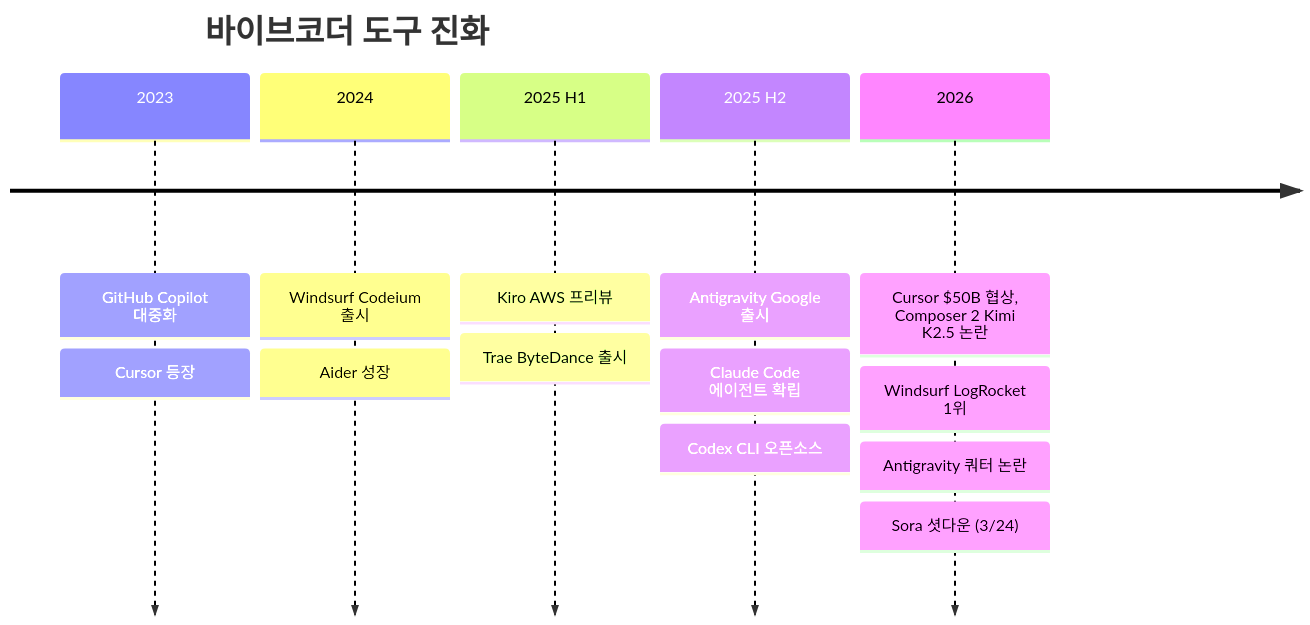
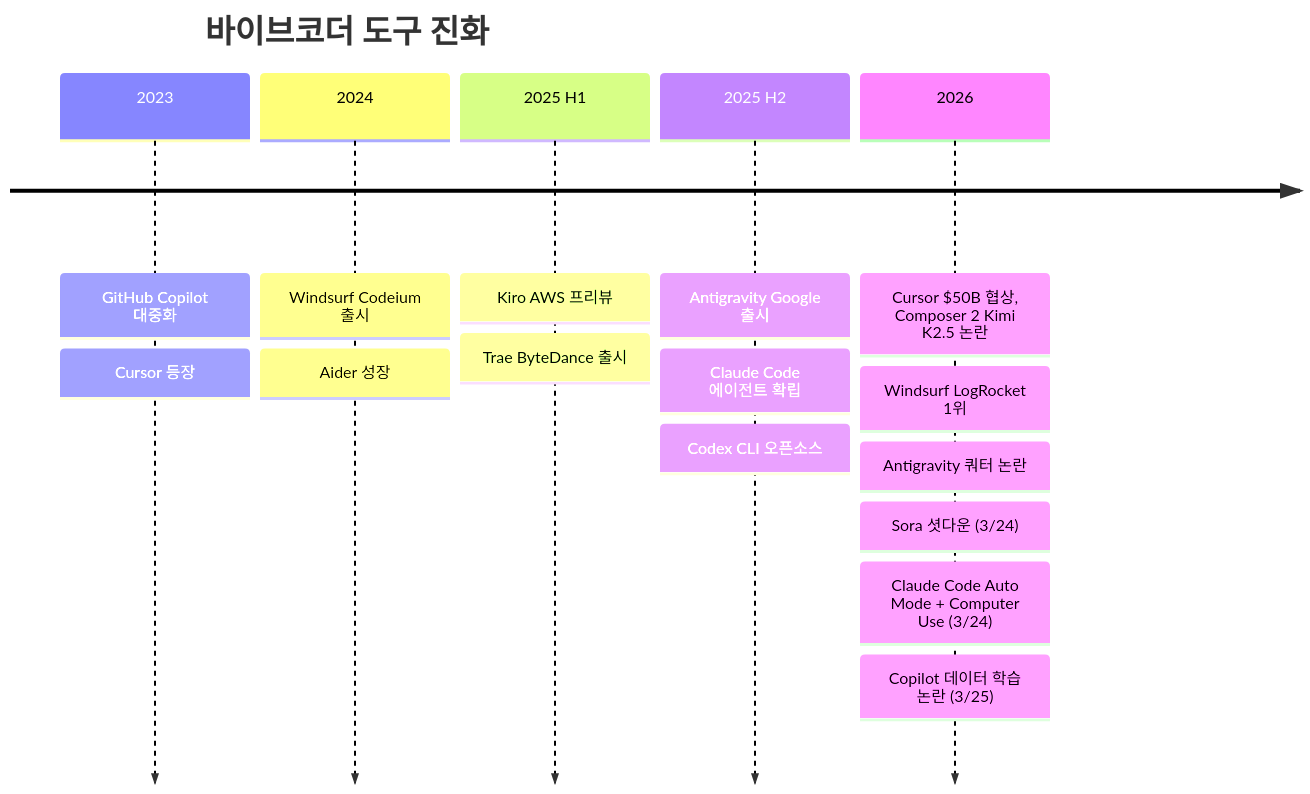
The first of 11 diagrams in README_ko.md (stophobia/ai-whatchelin), drawn with Mermaid before and after one commit. The commit also changed other lines of this file and 2 other files, not shown here.

Commit message:
auto: daily update (2026-03-26)

````diff
--- a/README_ko.md
+++ b/README_ko.md
@@ -116,17 +116,19 @@
 ```mermaid
 timeline
     title 바이브코더 도구 진화
     2023 : GitHub Copilot 대중화
          : Cursor 등장
     2024 : Windsurf Codeium 출시
          : Aider 성장
     2025 H1 : Kiro AWS 프리뷰
             : Trae ByteDance 출시
     2025 H2 : Antigravity Google 출시
             : Claude Code 에이전트 확립
             : Codex CLI 오픈소스
     2026 : Cursor $50B 협상, Composer 2 Kimi K2.5 논란
          : Windsurf LogRocket 1위
          : Antigravity 쿼터 논란
          : Sora 셧다운 (3/24)
+         : Claude Code Auto Mode + Computer Use (3/24)
+         : Copilot 데이터 학습 논란 (3/25)
 ```
````
